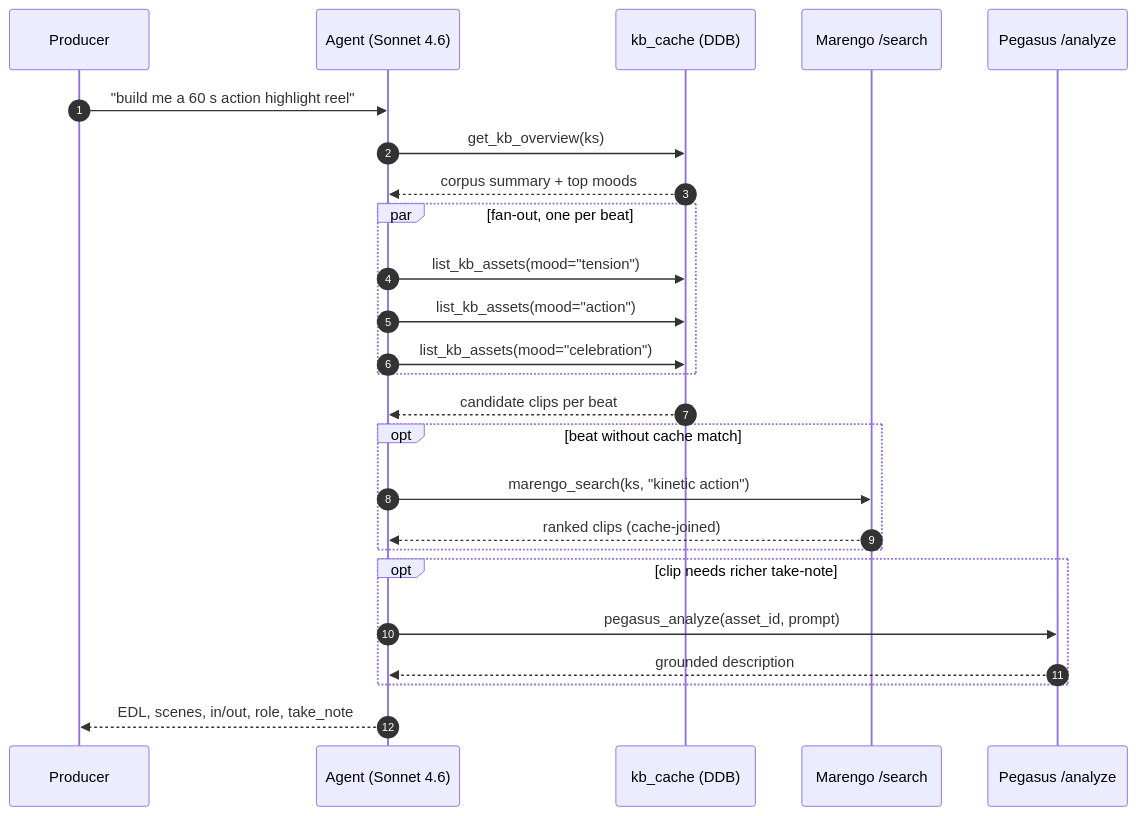
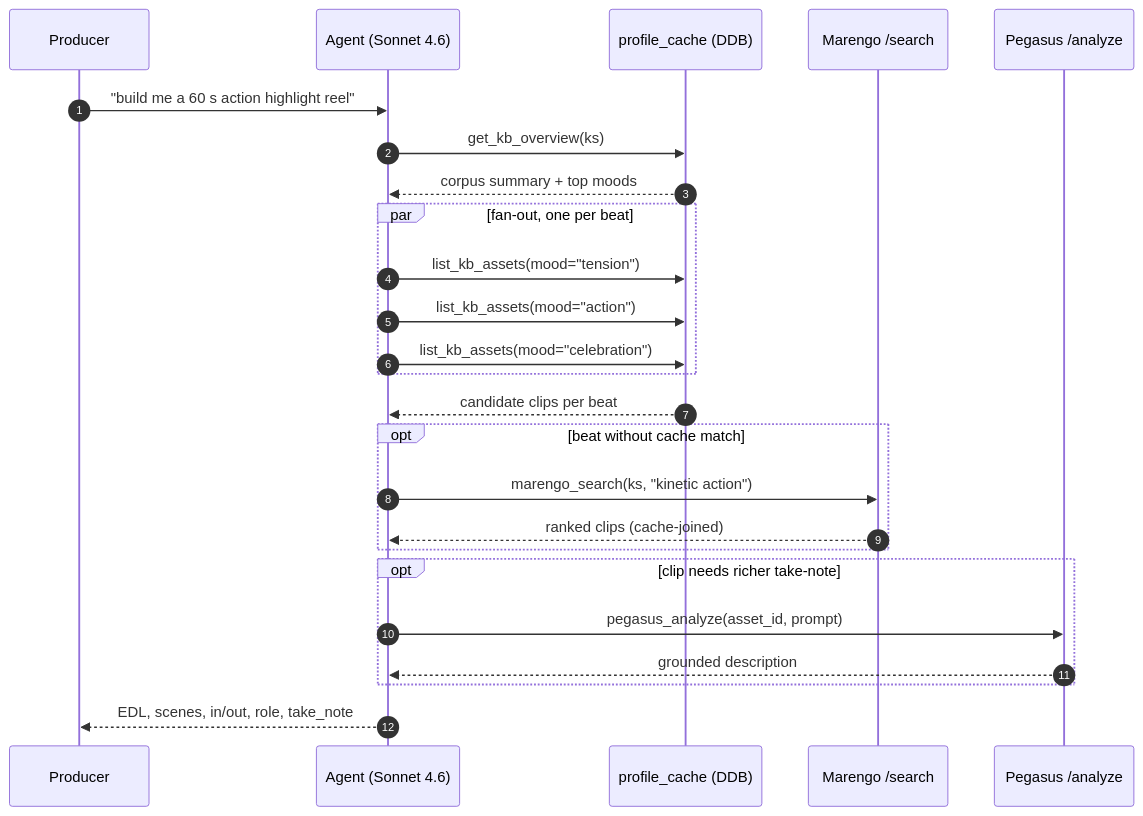
Before and after one commit to twelvelabs-io/tl-agentcore: the second of 3 diagrams in docs/whitepaper.md, drawn with Mermaid. The commit also changed other lines of this file and 16 other files, not shown here.

First line of the commit message:
Rename kb_cache → profile_cache everywhere

````diff
--- a/docs/whitepaper.md
+++ b/docs/whitepaper.md
@@ -100,28 +100,28 @@
 ```mermaid
 sequenceDiagram
     autonumber
     participant U as Producer
     participant A as Agent (Sonnet 4.6)
-    participant C as kb_cache (DDB)
+    participant C as profile_cache (DDB)
     participant M as Marengo /search
     participant P as Pegasus /analyze
 
     U->>A: "build me a 60 s action highlight reel"
     A->>C: get_kb_overview(ks)
     C-->>A: corpus summary + top moods
     par fan-out, one per beat
         A->>C: list_kb_assets(mood="tension")
         A->>C: list_kb_assets(mood="action")
         A->>C: list_kb_assets(mood="celebration")
     end
     C-->>A: candidate clips per beat
     opt beat without cache match
         A->>M: marengo_search(ks, "kinetic action")
         M-->>A: ranked clips (cache-joined)
     end
     opt clip needs richer take-note
         A->>P: pegasus_analyze(asset_id, prompt)
         P-->>A: grounded description
     end
     A-->>U: EDL, scenes, in/out, role, take_note
 ```
````
